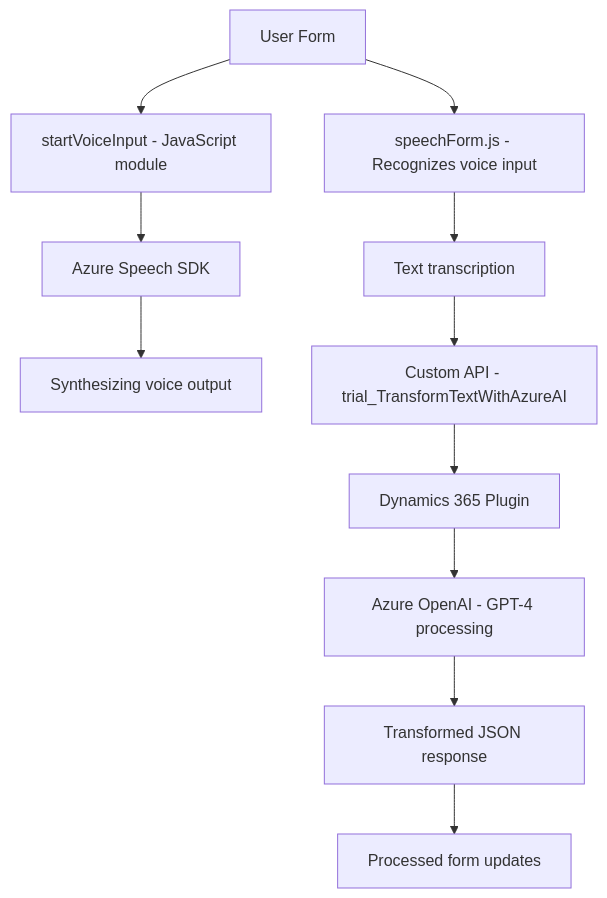
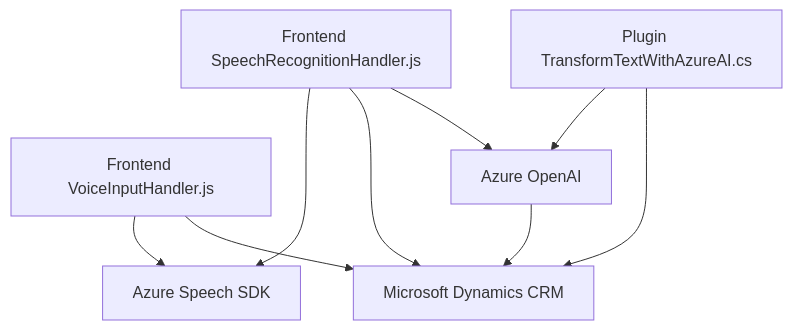
Before and after one commit to blopezdm/NETCORE_BILBAO2025: the diagram in README.md, drawn with Mermaid. The commit also changed other lines of this file, not shown here.

````diff
--- a/README.md
+++ b/README.md
@@ -46,13 +48,18 @@
 ```mermaid
 graph TD
-    A["User Form"] --> B["startVoiceInput - JavaScript module"]
-    B --> C["Azure Speech SDK"]
-    C --> D["Synthesizing voice output"]
-    A --> E["speechForm.js - Recognizes voice input"]
-    E --> F["Text transcription"]
-    F --> G["Custom API - trial_TransformTextWithAzureAI"]
-    G --> H["Dynamics 365 Plugin"]
-    H --> I["Azure OpenAI - GPT-4 processing"]
-    I --> J["Transformed JSON response"]
-    J --> K["Processed form updates"]
+    A["Frontend VoiceInputHandler.js"]
+    B["Frontend SpeechRecognitionHandler.js"]
+    C["Plugin TransformTextWithAzureAI.cs"]
+    D["Microsoft Dynamics CRM"]
+    E["Azure Speech SDK"]
+    F["Azure OpenAI"]
+
+    A --> E
+    A --> D
+    B --> E
+    B --> D
+    C --> F
+    C --> D
+    B --> F
+    F --> D
 ```
````
